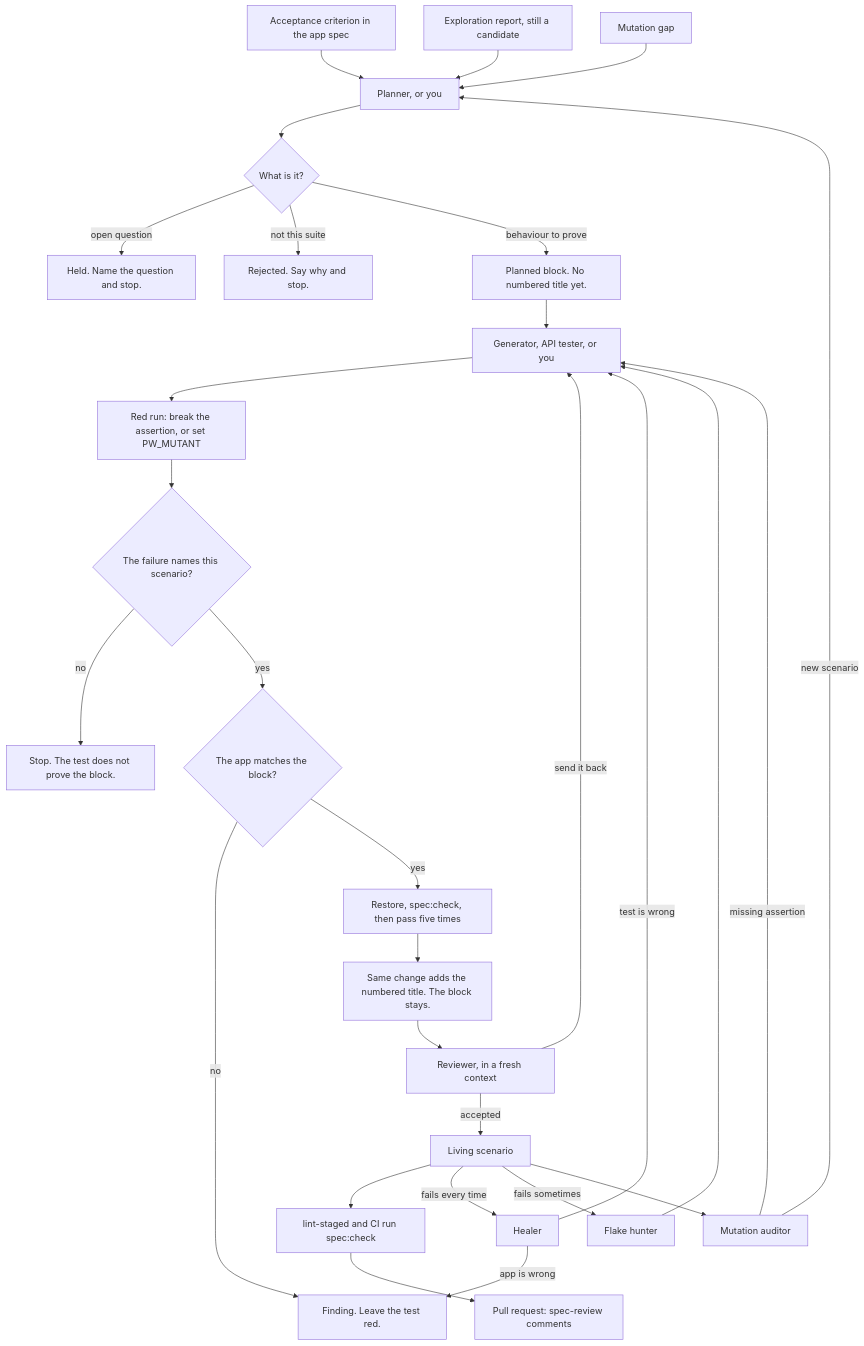
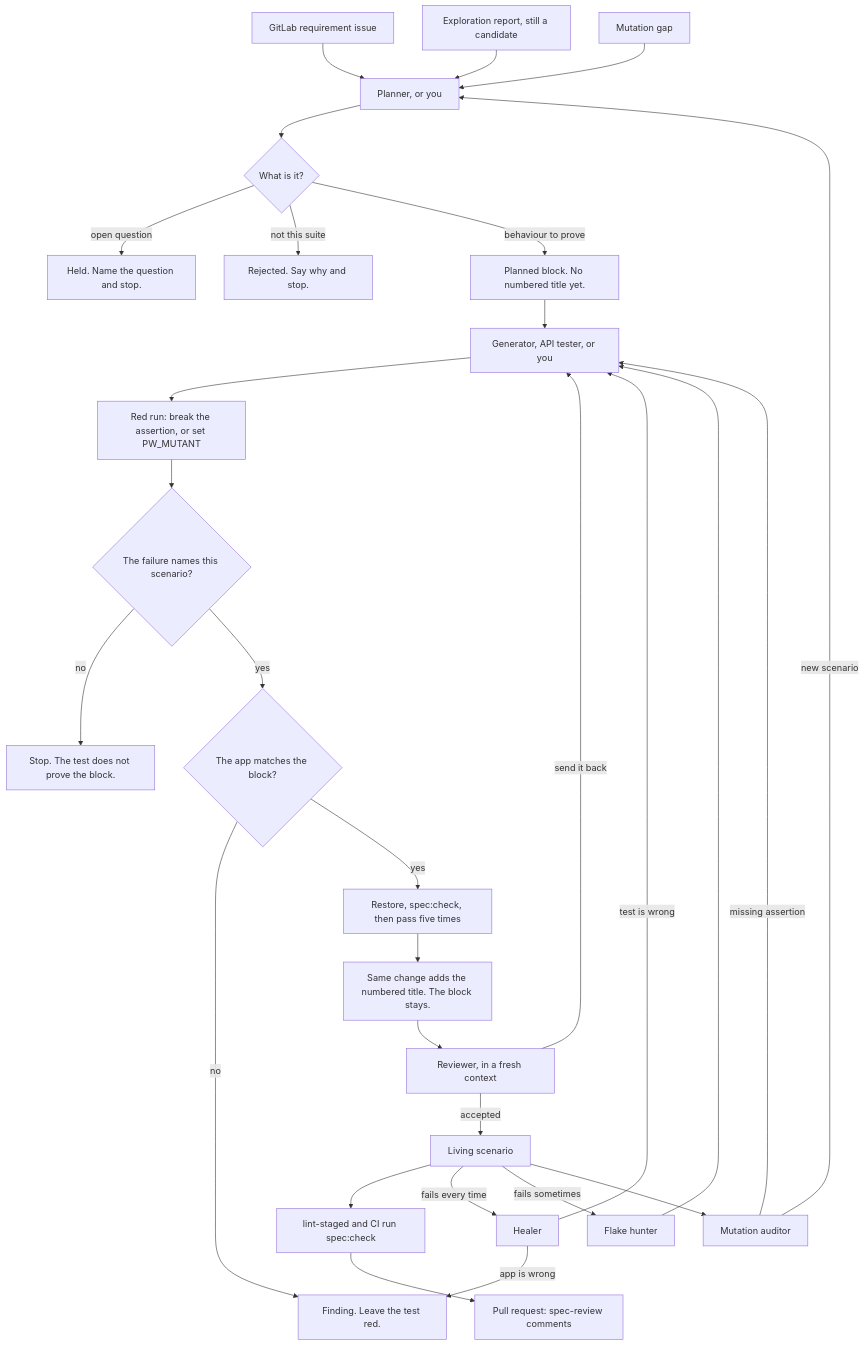
The diagram in docs/spec-guide.md (ianoflynnautomation/bjjeire-tests), drawn with Mermaid before and after one commit. The commit also changed other lines of this file and 20 other files, not shown here.

````diff
--- a/docs/spec-guide.md
+++ b/docs/spec-guide.md
@@ -25,42 +25,42 @@
 ```mermaid
 flowchart TD
-  ac["Acceptance criterion in the app spec"]
+  ac["GitLab requirement issue"]
   explore["Exploration report, still a candidate"]
   gap["Mutation gap"]
   planner["Planner, or you"]
 
   ac --> planner
   explore --> planner
   gap --> planner
 
   planner --> kind{"What is it?"}
   kind -->|open question| held["Held. Name the question and stop."]
   kind -->|not this suite| rejected["Rejected. Say why and stop."]
   kind -->|behaviour to prove| block["Planned block. No numbered title yet."]
 
   block --> author["Generator, API tester, or you"]
   author --> red["Red run: break the assertion, or set PW_MUTANT"]
   red --> named{"The failure names this scenario?"}
   named -->|no| weak["Stop. The test does not prove the block."]
   named -->|yes| match{"The app matches the block?"}
   match -->|no| finding["Finding. Leave the test red."]
   match -->|yes| green["Restore, spec:check, then pass five times"]
 
   green --> listed["Same change adds the numbered title. The block stays."]
   listed --> reviewer["Reviewer, in a fresh context"]
   reviewer -->|send it back| author
   reviewer -->|accepted| living["Living scenario"]
 
   living --> gate["lint-staged and CI run spec:check"]
   gate --> pr["Pull request: spec-review comments"]
 
   living -->|fails every time| healer["Healer"]
   living -->|fails sometimes| flake["Flake hunter"]
   healer -->|test is wrong| author
   healer -->|app is wrong| finding
   flake --> author
 
   living --> audit["Mutation auditor"]
   audit -->|new scenario| planner
   audit -->|missing assertion| author
 ```
````
